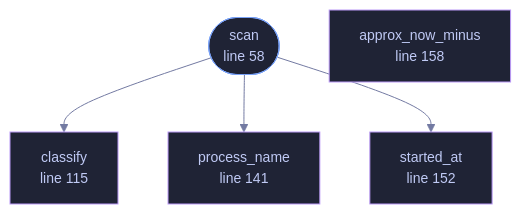
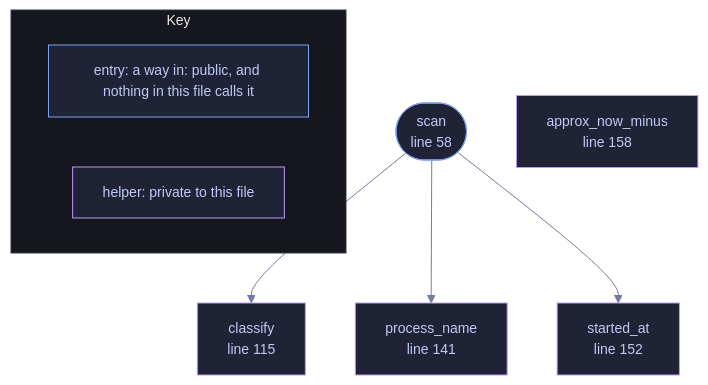
The diagram in docs/files/veilvoice-watch/linux.md (tilas01/veilvoice), drawn with Mermaid before and after one commit. The commit also changed 1510 other files, not shown here.

First line of the commit message:
Regenerate the documentation, wiki, site, graphs and measured numbers

````diff
--- a/docs/files/veilvoice-watch/linux.md
+++ b/docs/files/veilvoice-watch/linux.md
@@ -91,21 +91,28 @@
 ```mermaid
 %%{init: {"theme":"base","themeVariables":{"background":"#1a1b26","primaryColor":"#1f2335","primaryTextColor":"#c0caf5","primaryBorderColor":"#7aa2f7","secondaryColor":"#16161e","tertiaryColor":"#16161e","lineColor":"#737aa2","textColor":"#c0caf5","mainBkg":"#1f2335","nodeBorder":"#7aa2f7","clusterBkg":"#16161e","clusterBorder":"#2f3549","fontFamily":"ui-monospace, SFMono-Regular, Consolas, monospace","fontSize":"14px"}}}%%
 flowchart TD
     n_scan(["scan<br/>line 58"])
     n_classify["classify<br/>line 115"]
     n_process_name["process_name<br/>line 141"]
     n_started_at["started_at<br/>line 152"]
     n_approx_now_minus["approx_now_minus<br/>line 158"]
     n_scan --> n_classify
     n_scan --> n_process_name
     n_scan --> n_started_at
     click n_scan href "https://github.com/tilas01/veilvoice/blob/main/crates/veilvoice-watch/src/linux.rs#L58" "open the source"
     click n_classify href "https://github.com/tilas01/veilvoice/blob/main/crates/veilvoice-watch/src/linux.rs#L115" "open the source"
     click n_process_name href "https://github.com/tilas01/veilvoice/blob/main/crates/veilvoice-watch/src/linux.rs#L141" "open the source"
     click n_started_at href "https://github.com/tilas01/veilvoice/blob/main/crates/veilvoice-watch/src/linux.rs#L152" "open the source"
     click n_approx_now_minus href "https://github.com/tilas01/veilvoice/blob/main/crates/veilvoice-watch/src/linux.rs#L158" "open the source"
     classDef entry fill:#1f2335,stroke:#7aa2f7,color:#c0caf5
     class n_scan entry
     classDef helper fill:#1f2335,stroke:#bb9af7,color:#c0caf5
     class n_classify,n_process_name,n_started_at,n_approx_now_minus helper
+    subgraph chart_key ["Key"]
+        direction LR
+        key_entry["entry: a way in: public, and nothing in this file calls it"]
+        key_helper["helper: private to this file"]
+    end
+    class key_entry entry
+    class key_helper helper
 ```
````
